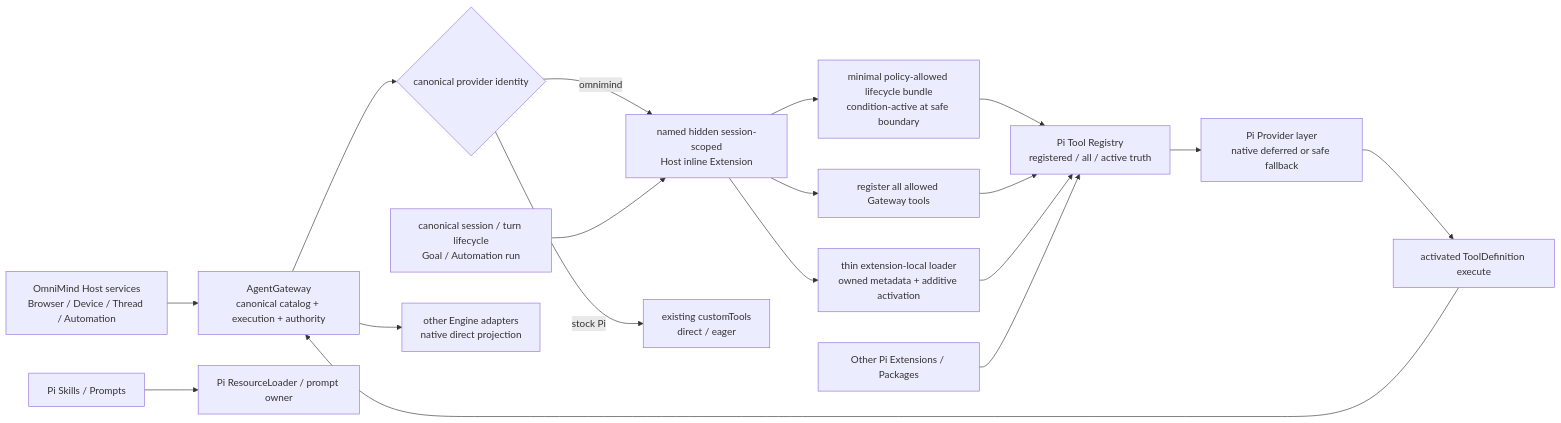
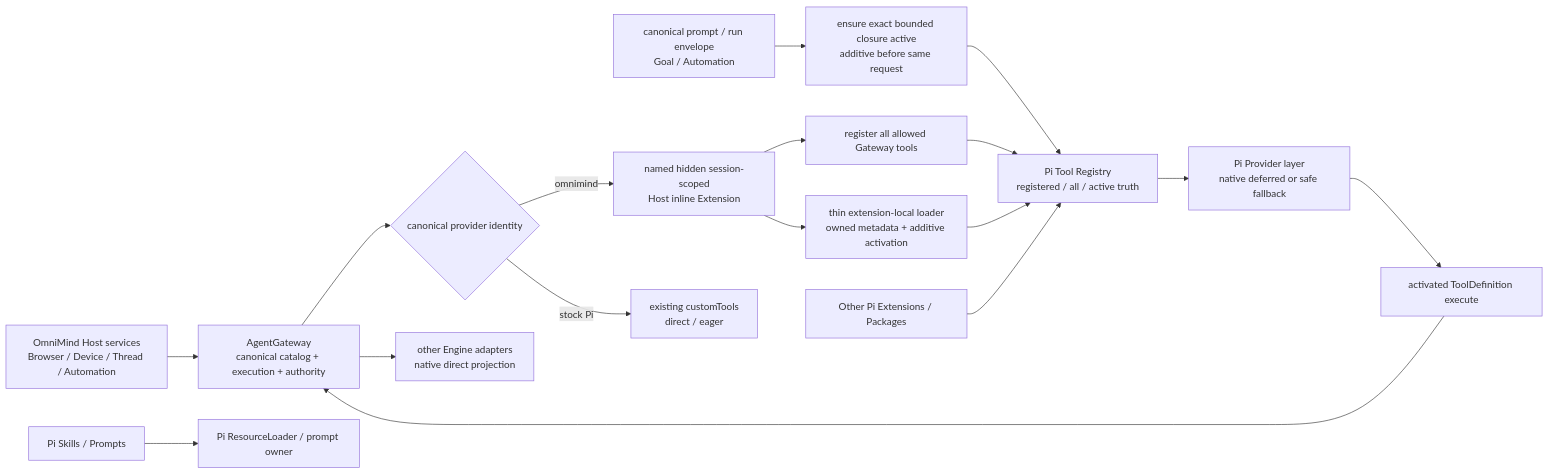
Before and after one commit to piai-lab/Haros: the diagram in research/pi-native-host-tool-loading-review.md, drawn with Mermaid. The commit also changed other lines of this file and 10 other files, not shown here.

Commit message:
docs(architecture): align Pi dynamic tool semantics

````diff
--- a/research/pi-native-host-tool-loading-review.md
+++ b/research/pi-native-host-tool-loading-review.md
@@ -162,22 +170,21 @@
 ```mermaid
 flowchart LR
     H["OmniMind Host services<br/>Browser / Device / Thread / Automation"]
     G["AgentGateway<br/>canonical catalog + execution + authority"]
     H --> G
     G --> I{"canonical provider identity"}
     I -->|omnimind| X["named hidden session-scoped<br/>Host inline Extension"]
     X --> T["register all allowed Gateway tools"]
     X --> L["thin extension-local loader<br/>owned metadata + additive activation"]
-    C["canonical session / turn lifecycle<br/>Goal / Automation run"] --> X
-    X --> B["minimal policy-allowed lifecycle bundle<br/>condition-active at safe boundary"]
-    B --> R
+    C["canonical prompt / run envelope<br/>Goal / Automation"] --> A["ensure exact bounded closure active<br/>additive before same request"]
+    A --> R
     T --> R["Pi Tool Registry<br/>registered / all / active truth"]
     L --> R
     R --> W["Pi Provider layer<br/>native deferred or safe fallback"]
     W --> E["activated ToolDefinition execute"]
     E --> G
     I -->|stock Pi| P["existing customTools<br/>direct / eager"]
     G --> N["other Engine adapters<br/>native direct projection"]
     Q["Other Pi Extensions / Packages"] --> R
     S["Pi Skills / Prompts"] --> U["Pi ResourceLoader / prompt owner"]
 ```
````
